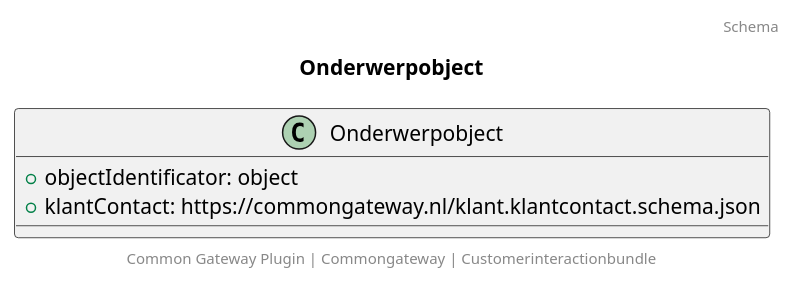
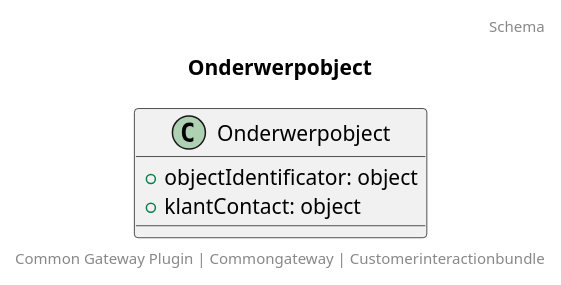
The diagram in docs/schema/klant.onderwerpObject.puml (CommonGateway/CustomerInteractionBundle), drawn with PlantUML before and after one commit. The commit also changed 24 other files, not shown here.

```diff
--- a/docs/schema/klant.onderwerpObject.puml
+++ b/docs/schema/klant.onderwerpObject.puml
@@ -1,10 +1,10 @@
 @startuml
 title: Onderwerpobject
 footer: Common Gateway Plugin | Commongateway | Customerinteractionbundle 
 header: Schema
 
 class Onderwerpobject {
   + objectIdentificator: object
-  + klantContact: https://commongateway.nl/klant.klantcontact.schema.json
+  + klantContact: object
 }
 @enduml
```
